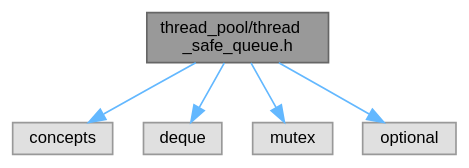
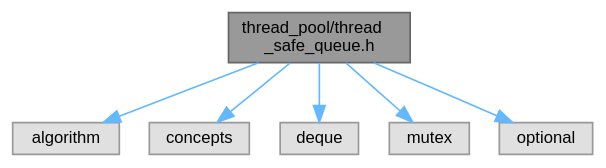
Before and after one commit to DeveloperPaul123/thread-pool: the diagram in d4/dbf/thread__safe__queue_8h__incl.dot, drawn with Graphviz. The commit also changed 72 other files, not shown here.

```diff
--- a/d4/dbf/thread__safe__queue_8h__incl.dot
+++ b/d4/dbf/thread__safe__queue_8h__incl.dot
@@ -1,16 +1,18 @@
 digraph "thread_pool/thread_safe_queue.h"
 {
  // LATEX_PDF_SIZE
   bgcolor="transparent";
   edge [fontname=Helvetica,fontsize=10,labelfontname=Helvetica,labelfontsize=10];
   node [fontname=Helvetica,fontsize=10,shape=box,height=0.2,width=0.4];
-  Node1 [label="thread_pool/thread\l_safe_queue.h",height=0.2,width=0.4,color="gray40", fillcolor="grey60", style="filled", fontcolor="black",tooltip=" "];
-  Node1 -> Node2 [color="steelblue1",style="solid"];
-  Node2 [label="concepts",height=0.2,width=0.4,color="grey60", fillcolor="#E0E0E0", style="filled",tooltip=" "];
-  Node1 -> Node3 [color="steelblue1",style="solid"];
-  Node3 [label="deque",height=0.2,width=0.4,color="grey60", fillcolor="#E0E0E0", style="filled",tooltip=" "];
-  Node1 -> Node4 [color="steelblue1",style="solid"];
-  Node4 [label="mutex",height=0.2,width=0.4,color="grey60", fillcolor="#E0E0E0", style="filled",tooltip=" "];
-  Node1 -> Node5 [color="steelblue1",style="solid"];
-  Node5 [label="optional",height=0.2,width=0.4,color="grey60", fillcolor="#E0E0E0", style="filled",tooltip=" "];
+  Node1 [id="Node000001",label="thread_pool/thread\l_safe_queue.h",height=0.2,width=0.4,color="gray40", fillcolor="grey60", style="filled", fontcolor="black",tooltip=" "];
+  Node1 -> Node2 [id="edge1_Node000001_Node000002",color="steelblue1",style="solid",tooltip=" "];
+  Node2 [id="Node000002",label="algorithm",height=0.2,width=0.4,color="grey60", fillcolor="#E0E0E0", style="filled",tooltip=" "];
+  Node1 -> Node3 [id="edge2_Node000001_Node000003",color="steelblue1",style="solid",tooltip=" "];
+  Node3 [id="Node000003",label="concepts",height=0.2,width=0.4,color="grey60", fillcolor="#E0E0E0", style="filled",tooltip=" "];
+  Node1 -> Node4 [id="edge3_Node000001_Node000004",color="steelblue1",style="solid",tooltip=" "];
+  Node4 [id="Node000004",label="deque",height=0.2,width=0.4,color="grey60", fillcolor="#E0E0E0", style="filled",tooltip=" "];
+  Node1 -> Node5 [id="edge4_Node000001_Node000005",color="steelblue1",style="solid",tooltip=" "];
+  Node5 [id="Node000005",label="mutex",height=0.2,width=0.4,color="grey60", fillcolor="#E0E0E0", style="filled",tooltip=" "];
+  Node1 -> Node6 [id="edge5_Node000001_Node000006",color="steelblue1",style="solid",tooltip=" "];
+  Node6 [id="Node000006",label="optional",height=0.2,width=0.4,color="grey60", fillcolor="#E0E0E0", style="filled",tooltip=" "];
 }
```
